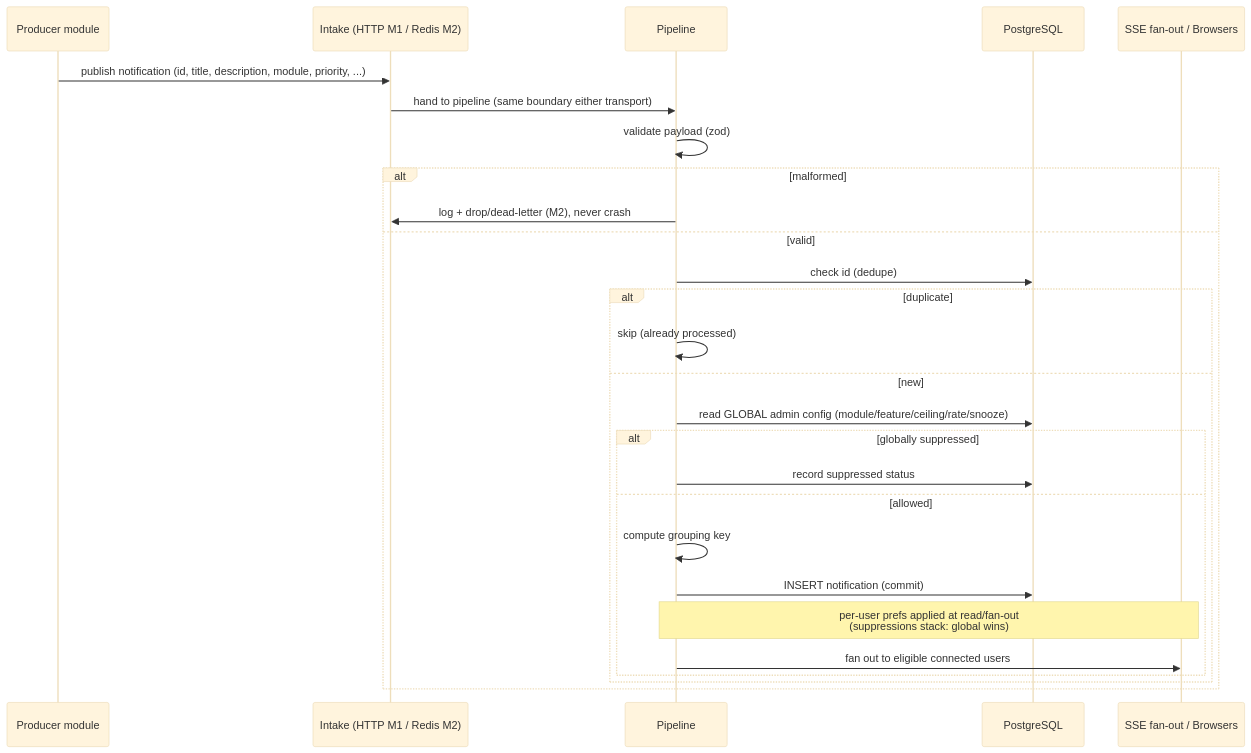
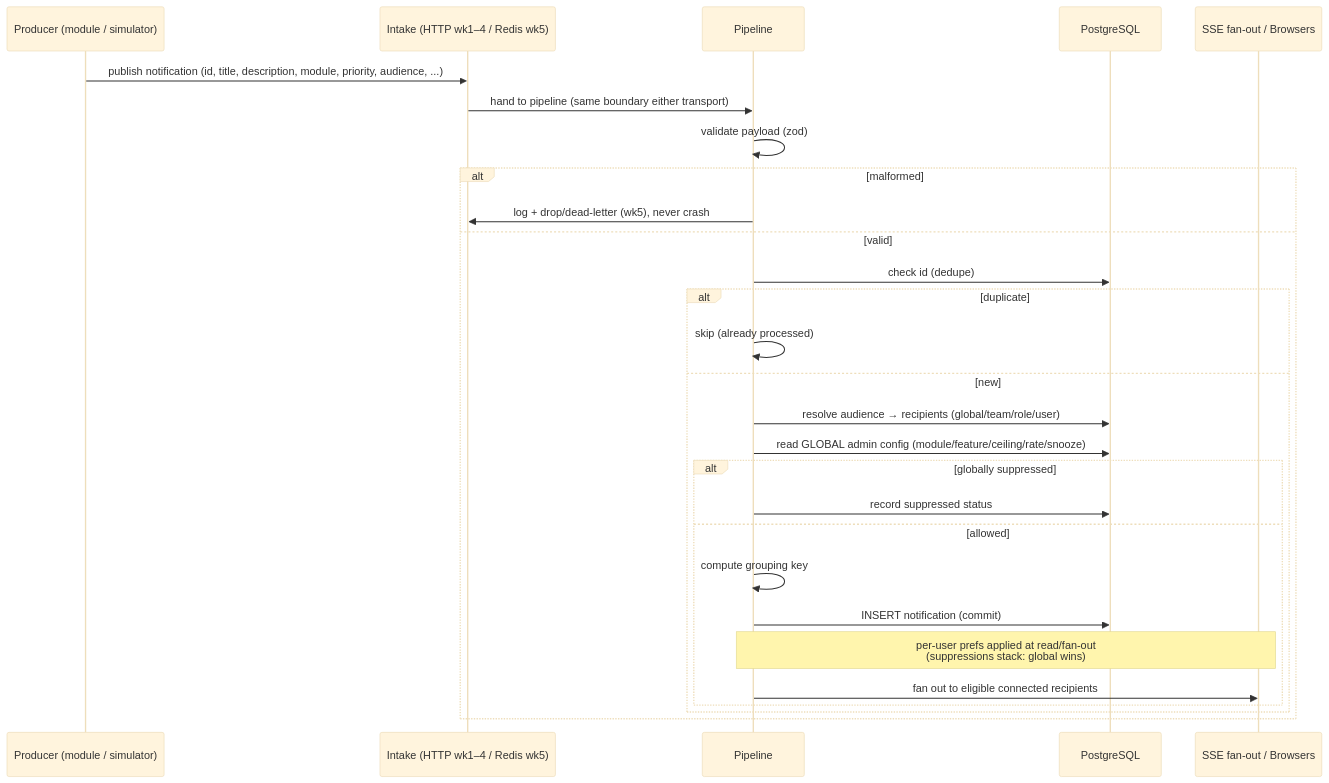
The second of 6 diagrams in docs/architecture.md (SohaibShah/centralized-notifications), drawn with Mermaid (base theme) before and after one commit. The commit also changed other lines of this file and 5 other files, not shown here.

First line of the commit message:
docs: revise SRS v1.3 (per-team/role, roadmap, prototype auth) + add implementation plan

````diff
--- a/docs/architecture.md
+++ b/docs/architecture.md
@@ -211,29 +229,30 @@
 ```mermaid
 sequenceDiagram
-  participant Mod as Producer module
-  participant IN as Intake (HTTP M1 / Redis M2)
+  participant Mod as Producer (module / simulator)
+  participant IN as Intake (HTTP wk1–4 / Redis wk5)
   participant P as Pipeline
   participant DB as PostgreSQL
   participant SSE as SSE fan-out / Browsers
-  Mod->>IN: publish notification (id, title, description, module, priority, ...)
+  Mod->>IN: publish notification (id, title, description, module, priority, audience, ...)
   IN->>P: hand to pipeline (same boundary either transport)
   P->>P: validate payload (zod)
   alt malformed
-    P->>IN: log + drop/dead-letter (M2), never crash
+    P->>IN: log + drop/dead-letter (wk5), never crash
   else valid
     P->>DB: check id (dedupe)
     alt duplicate
       P->>P: skip (already processed)
     else new
+      P->>DB: resolve audience → recipients (global/team/role/user)
       P->>DB: read GLOBAL admin config (module/feature/ceiling/rate/snooze)
       alt globally suppressed
         P->>DB: record suppressed status
       else allowed
         P->>P: compute grouping key
         P->>DB: INSERT notification (commit)
         Note over P,SSE: per-user prefs applied at read/fan-out<br/>(suppressions stack: global wins)
-        P->>SSE: fan out to eligible connected users
+        P->>SSE: fan out to eligible connected recipients
       end
     end
   end
 ```
````
